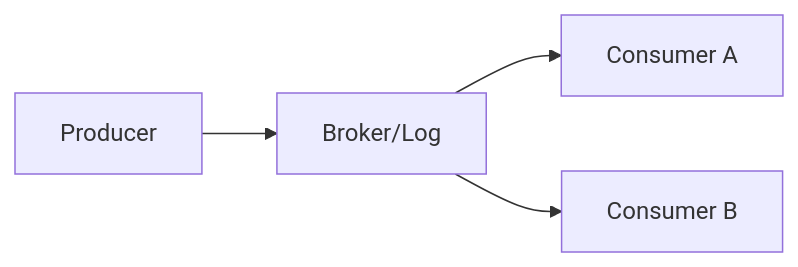
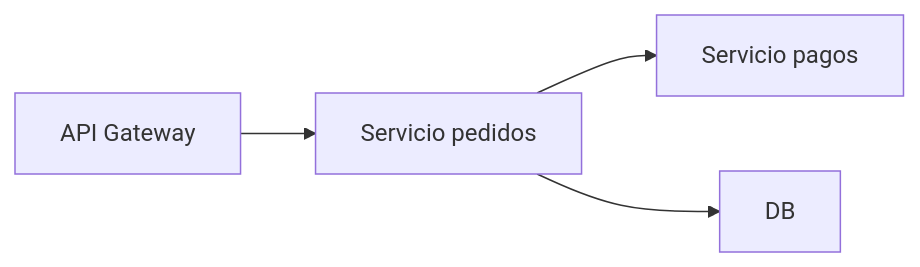
The diagram in web/public/content/microservices/modulo-10.md (NICORUIZ93/The_Imperial_Book), drawn with Mermaid before and after one commit. The commit also changed other lines of this file and 67 other files, not shown here.

````diff
--- a/web/public/content/microservices/modulo-10.md
+++ b/web/public/content/microservices/modulo-10.md
@@ -74,6 +29,6 @@
 ```mermaid
 flowchart LR
-  P[Producer] --> B[Broker/Log]
-  B --> C1[Consumer A]
-  B --> C2[Consumer B]
+  A[API Gateway] --> B[Servicio pedidos]
+  B --> C[Servicio pagos]
+  B --> D[DB]
 ```
````
